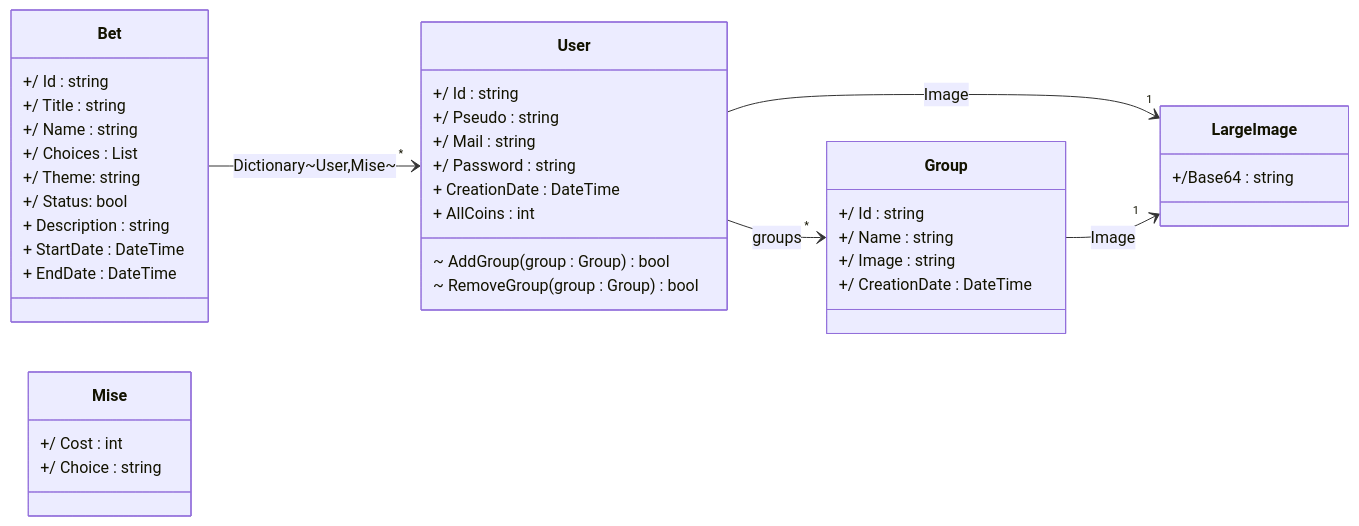
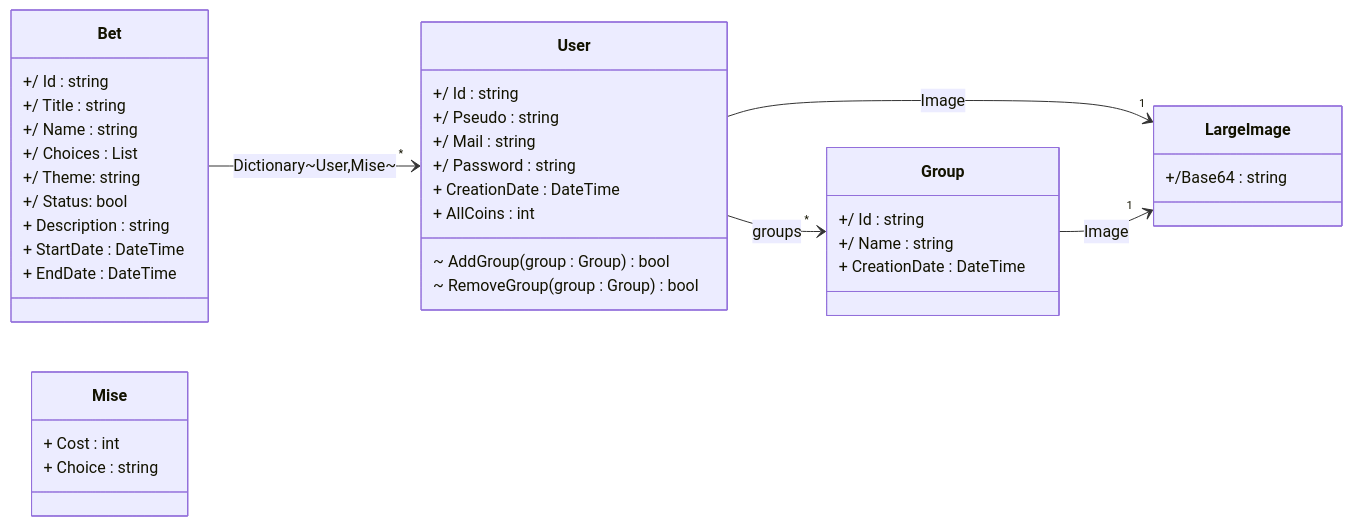
Before and after one commit to Allin-App/Allin-API: the first of 3 diagrams in README.md, drawn with Mermaid. The commit also changed other lines of this file, not shown here.

````diff
--- a/README.md
+++ b/README.md
@@ -42,47 +28,46 @@
 ```mermaid
 classDiagram
 direction LR;
 
 class LargeImage{
     +/Base64 : string
 }
 
 class User{
     +/ Id : string
     +/ Pseudo : string
     +/ Mail : string
     +/ Password : string
     + CreationDate : DateTime
     + AllCoins : int
     ~ AddGroup(group : Group) bool
     ~ RemoveGroup(group : Group) bool
 }
 User --> "1" LargeImage : Image
 Group --> "1" LargeImage : Image
 
 class Bet{
     +/ Id : string    
     +/ Title : string
     +/ Name : string
     +/ Choices : List<string>
     +/ Theme: string
     +/ Status: bool
     + Description : string
     + StartDate : DateTime
     + EndDate : DateTime
 }
 Bet --> "*" User : Dictionary~User,Mise~
 
 class Mise{
-    +/ Cost : int    
-    +/ Choice : string
+    + Cost : int    
+    + Choice : string
 }
 
 class Group{
     +/ Id : string
     +/ Name : string    
-    +/ Image : string
-    +/ CreationDate : DateTime
+    + CreationDate : DateTime
 }
 User --> "*" Group : groups
 ```
````
